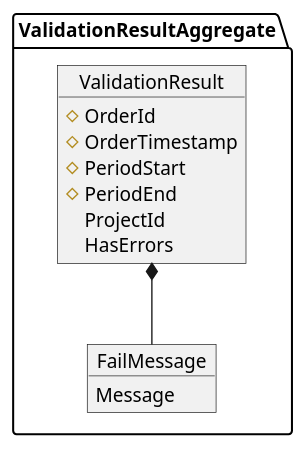
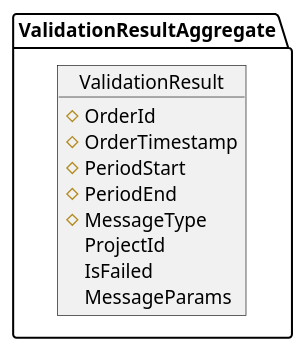
Before and after one commit to i-maslennikov/nuclear-river-validation-rules: the diagram in docs/ru/validation-rules/design-messages.puml, drawn with PlantUML. The commit also changed 1 other file, not shown here.

```diff
--- a/docs/ru/validation-rules/design-messages.puml
+++ b/docs/ru/validation-rules/design-messages.puml
@@ -1,22 +1,18 @@
 @startuml
 
 package ValidationResultAggregate {
 
     object ValidationResult {
         #OrderId
         #OrderTimestamp
         #PeriodStart
         #PeriodEnd
+        #MessageType
         
         ProjectId
-        HasErrors
+        IsFailed
+        MessageParams
     }
-    
-    object FailMessage {
-        Message        
-    }
-    
-    ValidationResult *-- FailMessage
 }
 
 @enduml
```
